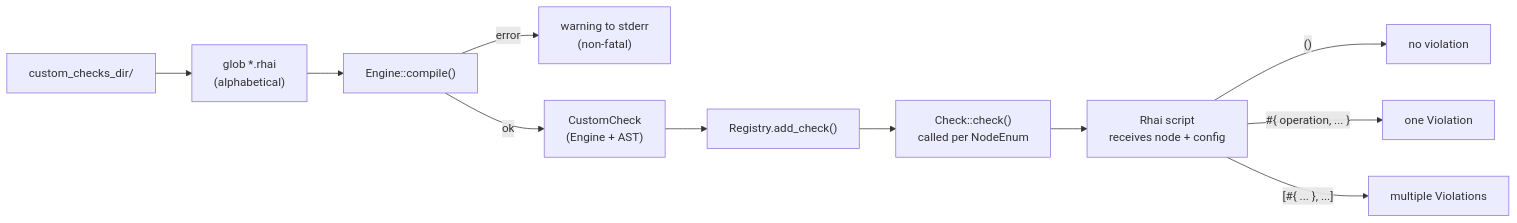
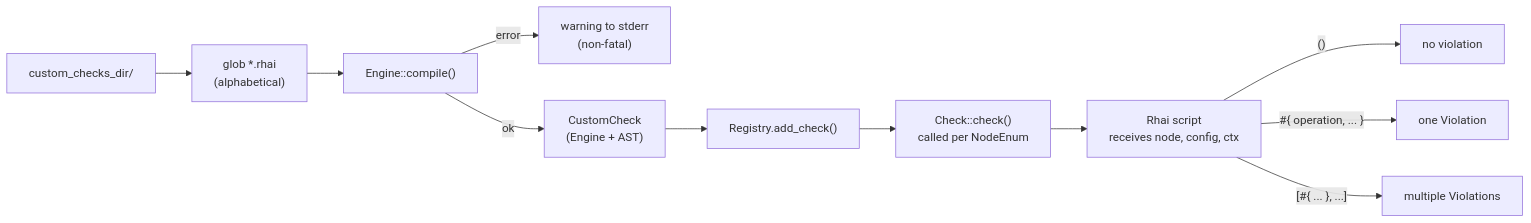
One commit to ayarotsky/diesel-guard changed the third of 3 diagrams in CONTRIBUTING.md. Above: the diagram before and after it, drawn with Mermaid. The commit also changed other lines of this file and 47 other files, not shown here.

````diff
--- a/CONTRIBUTING.md
+++ b/CONTRIBUTING.md
@@ -42,13 +42,13 @@
 ```mermaid
 flowchart LR
     DIR["custom_checks_dir/"] --> GLOB["glob *.rhai<br/>(alphabetical)"]
     GLOB --> COMPILE["Engine::compile()"]
     COMPILE -->|error| WARN["warning to stderr<br/>(non-fatal)"]
     COMPILE -->|ok| CC["CustomCheck<br/>(Engine + AST)"]
     CC --> REG["Registry.add_check()"]
     REG --> EXEC["Check::check()<br/>called per NodeEnum"]
-    EXEC --> RHAI["Rhai script<br/>receives node + config"]
+    EXEC --> RHAI["Rhai script<br/>receives node, config, ctx"]
     RHAI -->|"()"| NONE["no violation"]
     RHAI -->|"#{ operation, ... }"| ONE["one Violation"]
     RHAI -->|"[#{ ... }, ...]"| MANY["multiple Violations"]
 ```
````
